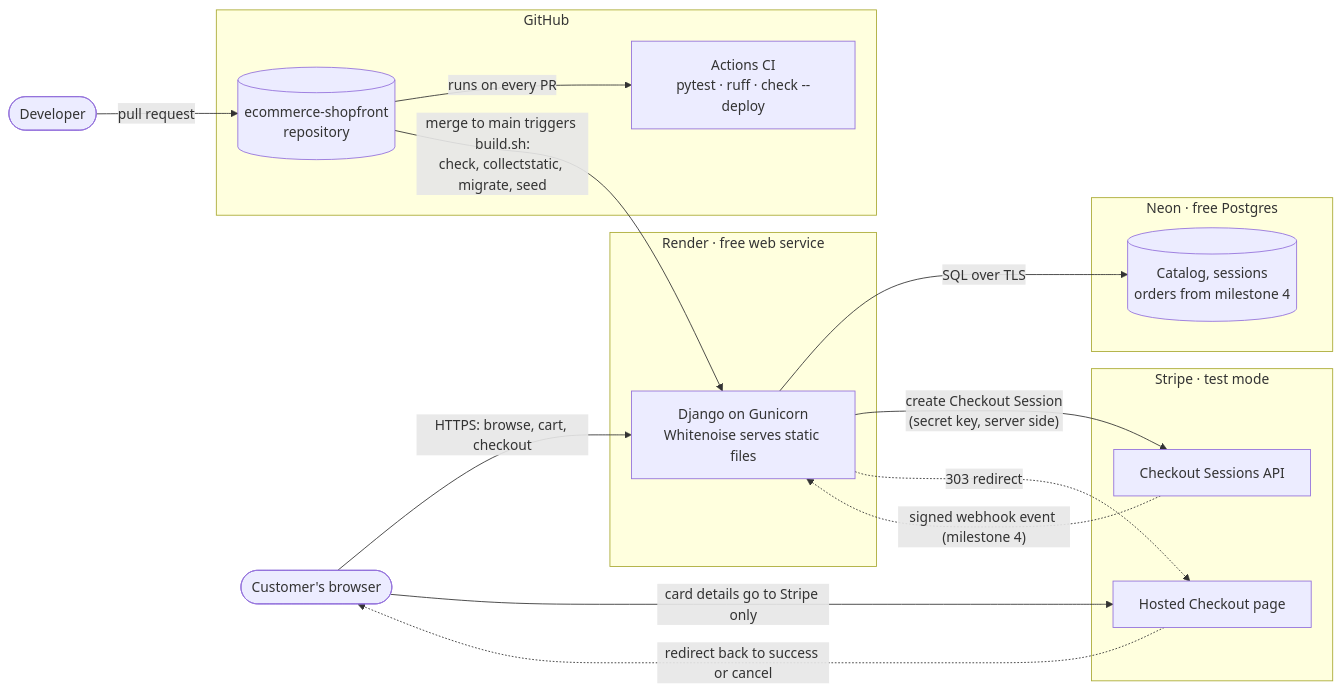
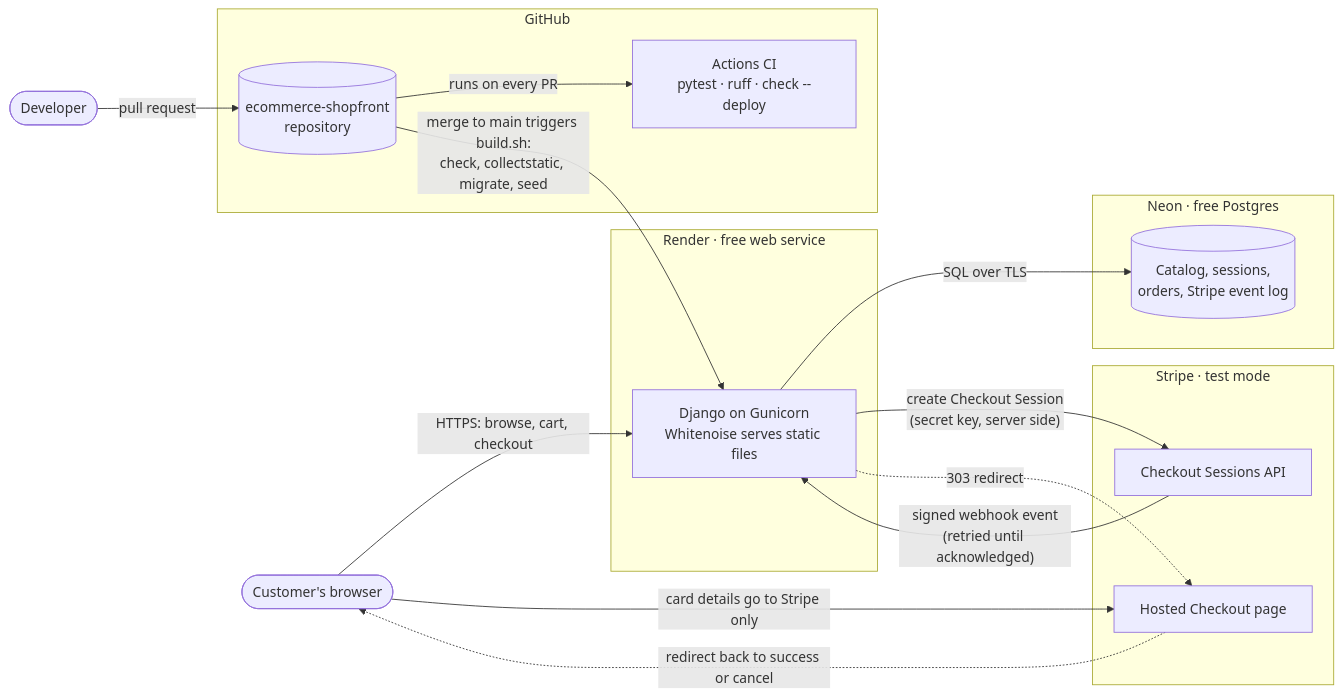
Before and after one commit to kwagyei/ecommerce-shopfront: the first of 2 diagrams in README.md, drawn with Mermaid. The commit also changed other lines of this file and 1 other file, not shown here.

First line of the commit message:
Document how orders are created exactly once

````diff
--- a/README.md
+++ b/README.md
@@ -22,35 +23,35 @@
 ```mermaid
 flowchart LR
     customer(["Customer's browser"])
     dev(["Developer"])
 
     subgraph github["GitHub"]
         repo[("ecommerce-shopfront<br/>repository")]
         ci["Actions CI<br/>pytest · ruff · check --deploy"]
     end
 
     subgraph render["Render · free web service"]
         app["Django on Gunicorn<br/>Whitenoise serves static files"]
     end
 
     subgraph neon["Neon · free Postgres"]
-        db[("Catalog, sessions<br/>orders from milestone 4")]
+        db[("Catalog, sessions,<br/>orders, Stripe event log")]
     end
 
     subgraph stripe["Stripe · test mode"]
         hosted["Hosted Checkout page"]
         api["Checkout Sessions API"]
     end
 
     dev -- "pull request" --> repo
     repo -- "runs on every PR" --> ci
     repo -- "merge to main triggers build.sh:<br/>check, collectstatic, migrate, seed" --> app
 
     customer -- "HTTPS: browse, cart, checkout" --> app
     app -- "SQL over TLS" --> db
     app -- "create Checkout Session<br/>(secret key, server side)" --> api
     app -. "303 redirect" .-> hosted
     customer -- "card details go to Stripe only" --> hosted
     hosted -. "redirect back to success or cancel" .-> customer
-    api -. "signed webhook event (milestone 4)" .-> app
+    api -- "signed webhook event<br/>(retried until acknowledged)" --> app
 ```
````
